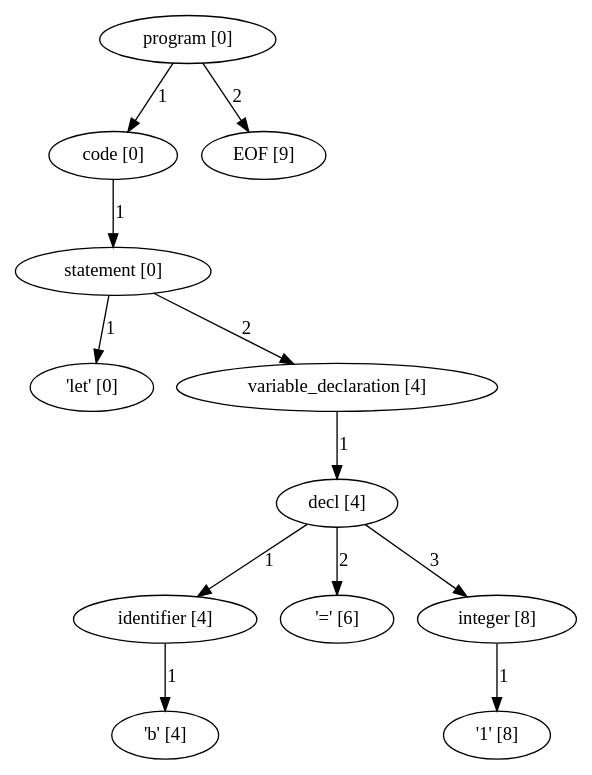
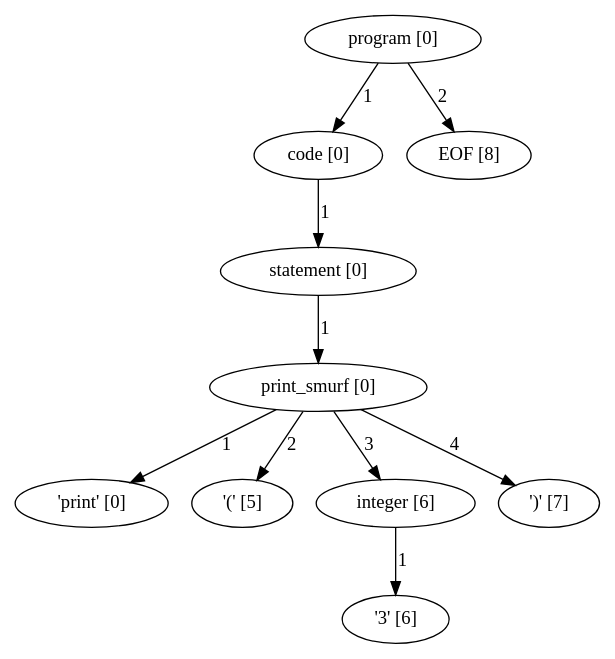
The diagram in program_parse_tree.dot (pragdave/cs3342_smurf), drawn with Graphviz before and after one commit. The commit also changed 10 other files, not shown here.

```diff
--- a/program_parse_tree.dot
+++ b/program_parse_tree.dot
@@ -1,36 +1,30 @@
 digraph arpeggio_graph {
-4710571040 [label="program [0]"];
-4710571040->4710569888 [label="1"]
+4710136000 [label="program [0]"];
+4710136000->4710137008 [label="1"]
 
-4710569888 [label="code [0]"];
-4710569888->4710559472 [label="1"]
+4710137008 [label="code [0]"];
+4710137008->4710828944 [label="1"]
 
-4710559472 [label="statement [0]"];
-4710559472->4710141520 [label="1"]
+4710828944 [label="statement [0]"];
+4710828944->4710828800 [label="1"]
 
-4710141520 [label=" 'let' [0]"];
-4710559472->4710672432 [label="2"]
+4710828800 [label="print_smurf [0]"];
+4710828800->4713555792 [label="1"]
 
-4710672432 [label="variable_declaration [4]"];
-4710672432->4710696144 [label="1"]
+4713555792 [label=" 'print' [0]"];
+4710828800->4713554640 [label="2"]
 
-4710696144 [label="decl [4]"];
-4710696144->4710125648 [label="1"]
+4713554640 [label=" '(' [5]"];
+4710828800->4710137152 [label="3"]
 
-4710125648 [label="identifier [4]"];
-4710125648->4710139344 [label="1"]
+4710137152 [label="integer [6]"];
+4710137152->4713554000 [label="1"]
 
-4710139344 [label=" 'b' [4]"];
-4710696144->4710139856 [label="2"]
+4713554000 [label=" '3' [6]"];
+4710828800->4712421072 [label="4"]
 
-4710139856 [label=" '=' [6]"];
-4710696144->4710696288 [label="3"]
+4712421072 [label=" ')' [7]"];
+4710136000->4712420688 [label="2"]
 
-4710696288 [label="integer [8]"];
-4710696288->4708992720 [label="1"]
-
-4708992720 [label=" '1' [8]"];
-4710571040->4708844496 [label="2"]
-
-4708844496 [label="EOF [9]"];
+4712420688 [label="EOF [8]"];
 }
```
